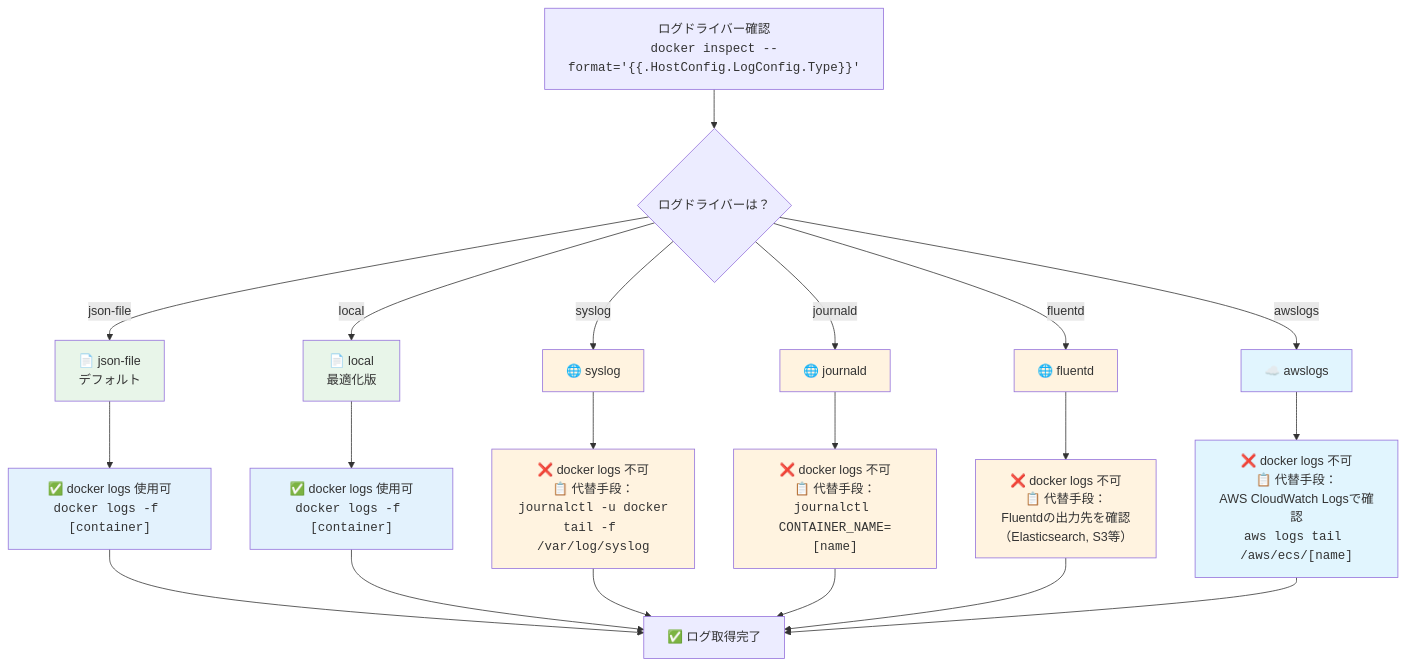
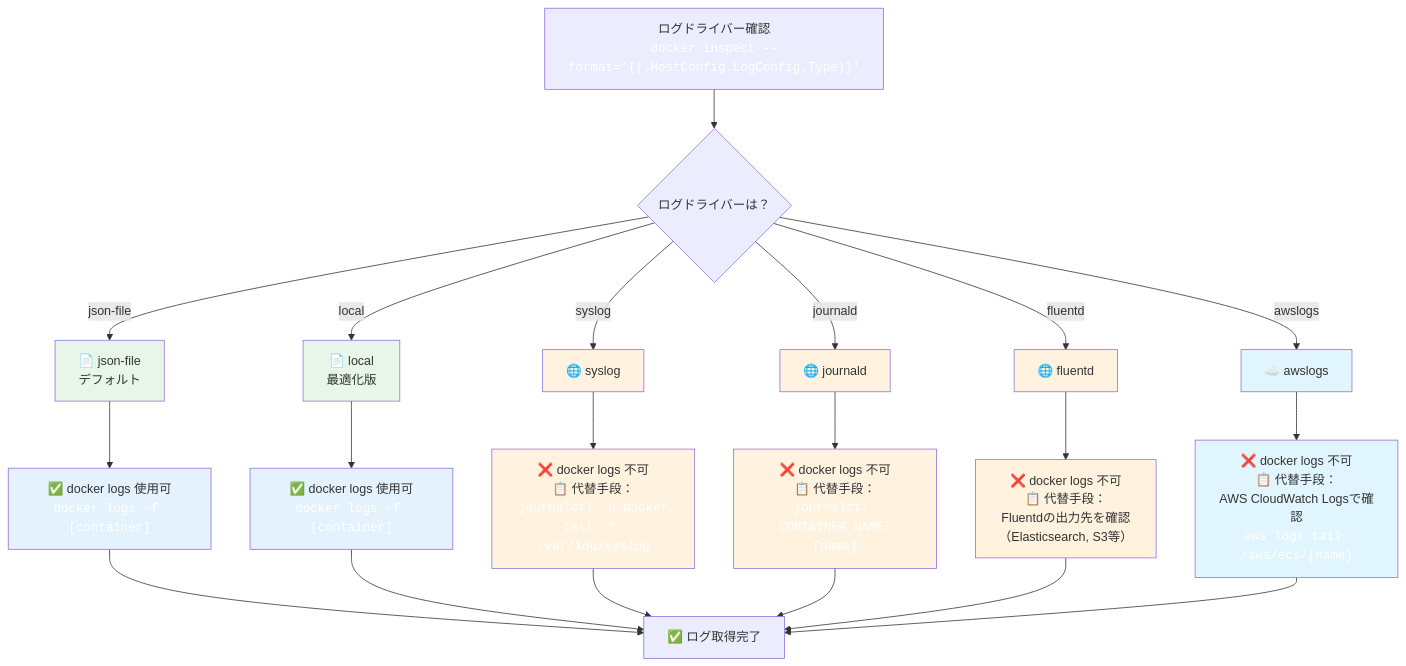
The third of 7 diagrams in content/posts/docker-troubleshooting-complete-guide.md (yasuhisa1984/blog), drawn with Mermaid before and after one commit. The commit also changed other lines of this file, not shown here.

First line of the commit message:
style: Mermaid図内のコード表示を白文字に変更し可読性を向上

````diff
--- a/content/posts/docker-troubleshooting-complete-guide.md
+++ b/content/posts/docker-troubleshooting-complete-guide.md
@@ -244,39 +244,39 @@
 ```mermaid
 flowchart TB
-    Start["ログドライバー確認<br/><code>docker inspect --format='{{.HostConfig.LogConfig.Type}}'</code>"] --> Check{ログドライバーは？}
+    Start["ログドライバー確認<br/><code style='color: white'>docker inspect --format='{{.HostConfig.LogConfig.Type}}'</code>"] --> Check{ログドライバーは？}
 
     Check -->|json-file| JsonFile["📄 json-file<br/>デフォルト"]
     Check -->|local| Local["📄 local<br/>最適化版"]
     Check -->|syslog| Syslog["🌐 syslog"]
     Check -->|journald| Journald["🌐 journald"]
     Check -->|fluentd| Fluentd["🌐 fluentd"]
     Check -->|awslogs| Awslogs["☁️ awslogs"]
 
-    JsonFile --> DockerLogs1["✅ docker logs 使用可<br/><code>docker logs -f [container]</code>"]
-    Local --> DockerLogs2["✅ docker logs 使用可<br/><code>docker logs -f [container]</code>"]
+    JsonFile --> DockerLogs1["✅ docker logs 使用可<br/><code style='color: white'>docker logs -f [container]</code>"]
+    Local --> DockerLogs2["✅ docker logs 使用可<br/><code style='color: white'>docker logs -f [container]</code>"]
 
-    Syslog --> External1["❌ docker logs 不可<br/>📋 代替手段：<br/><code>journalctl -u docker</code><br/><code>tail -f /var/log/syslog</code>"]
-    Journald --> External2["❌ docker logs 不可<br/>📋 代替手段：<br/><code>journalctl CONTAINER_NAME=[name]</code>"]
+    Syslog --> External1["❌ docker logs 不可<br/>📋 代替手段：<br/><code style='color: white'>journalctl -u docker</code><br/><code style='color: white'>tail -f /var/log/syslog</code>"]
+    Journald --> External2["❌ docker logs 不可<br/>📋 代替手段：<br/><code style='color: white'>journalctl CONTAINER_NAME=[name]</code>"]
     Fluentd --> External3["❌ docker logs 不可<br/>📋 代替手段：<br/>Fluentdの出力先を確認<br/>（Elasticsearch, S3等）"]
-    Awslogs --> External4["❌ docker logs 不可<br/>📋 代替手段：<br/>AWS CloudWatch Logsで確認<br/><code>aws logs tail /aws/ecs/[name]</code>"]
+    Awslogs --> External4["❌ docker logs 不可<br/>📋 代替手段：<br/>AWS CloudWatch Logsで確認<br/><code style='color: white'>aws logs tail /aws/ecs/[name]</code>"]
 
     DockerLogs1 --> End["✅ ログ取得完了"]
     DockerLogs2 --> End
     External1 --> End
     External2 --> End
     External3 --> End
     External4 --> End
 
     style JsonFile fill:#e8f5e9
     style Local fill:#e8f5e9
     style DockerLogs1 fill:#e3f2fd
     style DockerLogs2 fill:#e3f2fd
     style Syslog fill:#fff3e0
     style Journald fill:#fff3e0
     style Fluentd fill:#fff3e0
     style Awslogs fill:#e1f5fe
     style External1 fill:#fff3e0
     style External2 fill:#fff3e0
     style External3 fill:#fff3e0
     style External4 fill:#e1f5fe
 ```
````
